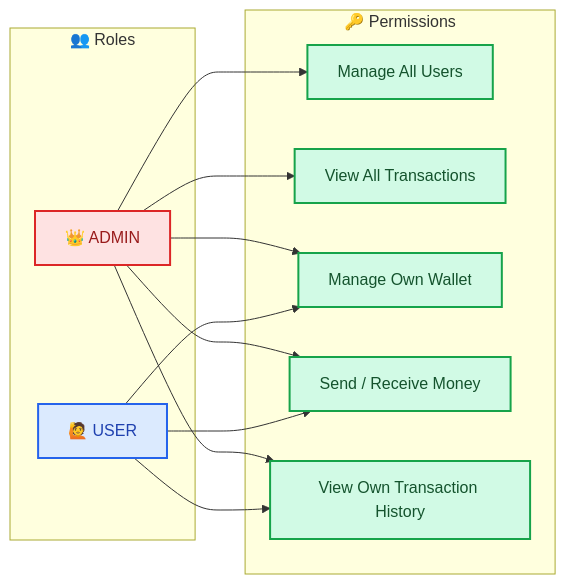
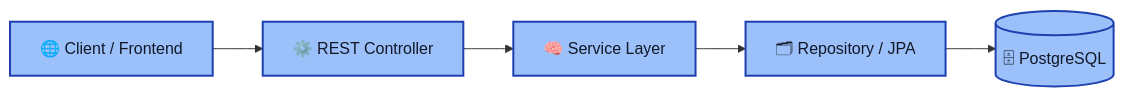
One commit to VASUSINH/PayMoney changed the second of 7 diagrams in ReadMe.md. Above: the diagram before and after it, drawn with Mermaid. The commit also changed other lines of this file, not shown here.

````diff
--- a/ReadMe.md
+++ b/ReadMe.md
@@ -262,33 +260,10 @@
 ```mermaid
 flowchart LR
-    subgraph Roles["👥 Roles"]
-        ADMIN["👑 ADMIN"]
-        USER["🙋 USER"]
-    end
+    A["🌐 Client / Frontend"] --> B["⚙️ REST Controller"]
+    B --> C["🧠 Service Layer"]
+    C --> D["🗂 Repository / JPA"]
+    D --> E[("🗄 PostgreSQL")]
 
-    subgraph Permissions["🔑 Permissions"]
-        P1[Manage All Users]
-        P2[View All Transactions]
-        P3[Manage Own Wallet]
-        P4[Send / Receive Money]
-        P5[View Own Transaction History]
-    end
-
-    ADMIN --> P1
-    ADMIN --> P2
-    ADMIN --> P3
-    ADMIN --> P4
-    ADMIN --> P5
-
-    USER --> P3
-    USER --> P4
-    USER --> P5
-
-    classDef admin fill:#fee2e2,stroke:#dc2626,stroke-width:2px,color:#991B1B;
-    classDef user fill:#dbeafe,stroke:#2563eb,stroke-width:2px,color:#1e40af;
-    classDef permission fill:#d1fae5,stroke:#16a34a,stroke-width:2px,color:#14532d;
-
-    class ADMIN admin;
-    class USER user;
-    class P1,P2,P3,P4,P5 permission;
+    classDef n fill:#3b82f680,stroke:#1e40af,stroke-width:2px,color:#111827;
+    class A,B,C,D,E n;
 ```
````
